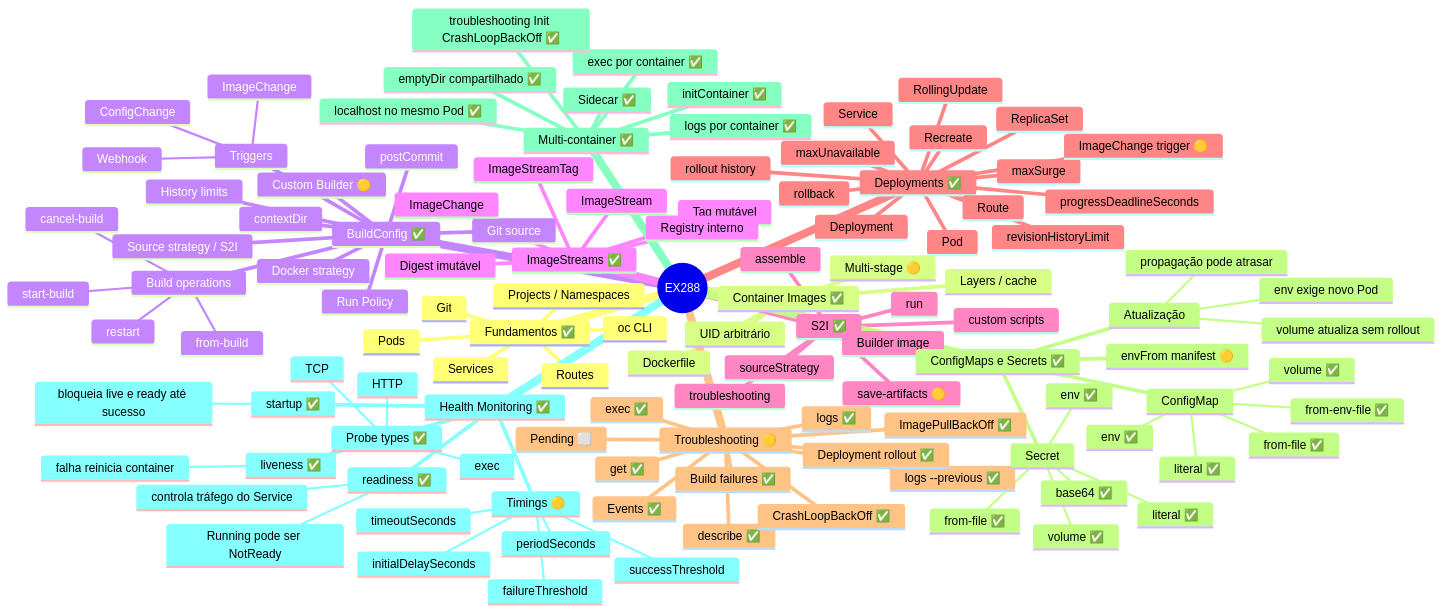
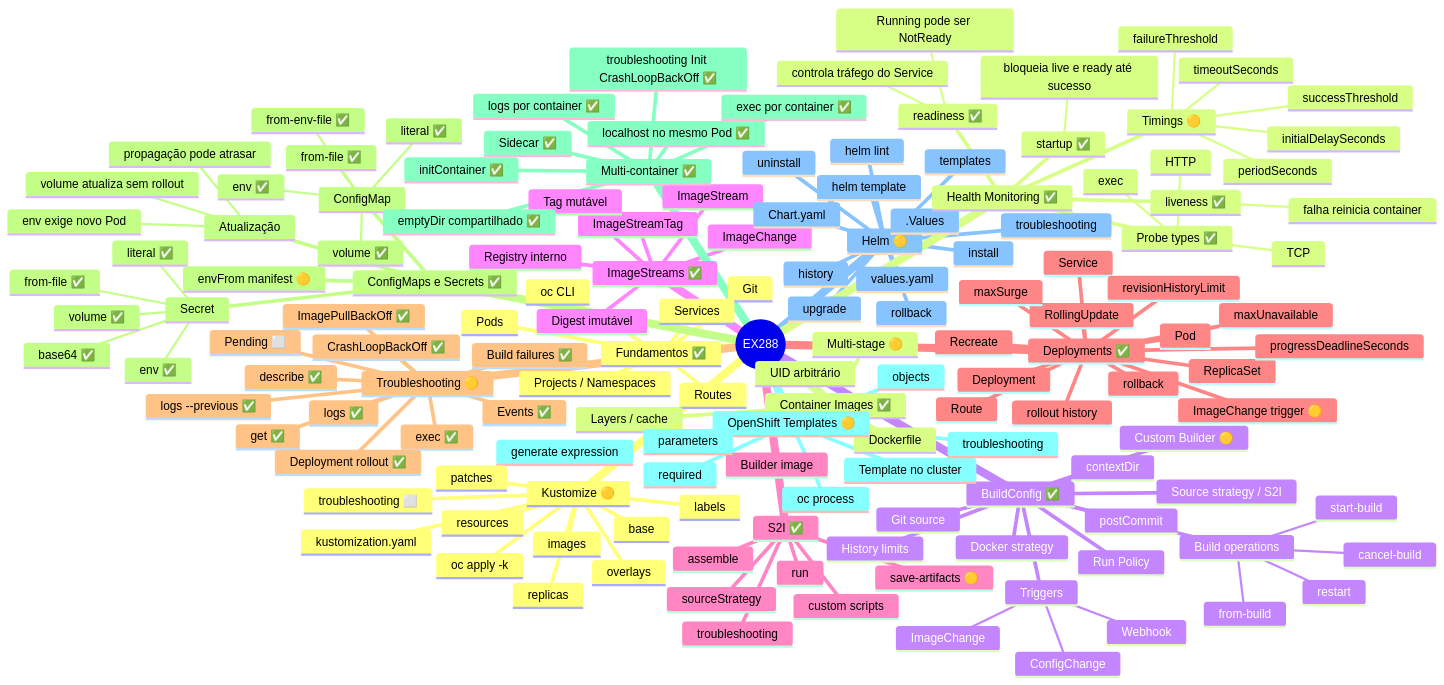
Before and after one commit to fmonticelli/ex288-labs: the second of 15 diagrams in mindmap/README.md, drawn with Mermaid. The commit also changed other lines of this file, not shown here.

Commit message:
docs: add Helm and Kustomize to mindmap

```diff
--- a/mindmap/README.md
+++ b/mindmap/README.md
@@ -152,6 +155,38 @@
       logs por container ✅
       exec por container ✅
       troubleshooting Init CrashLoopBackOff ✅
+    OpenShift Templates 🟡
+      parameters
+      objects
+      oc process
+      required
+      generate expression
+      Template no cluster
+      troubleshooting
+    Helm 🟡
+      Chart.yaml
+      values.yaml
+      templates
+      .Values
+      helm lint
+      helm template
+      install
+      upgrade
+      history
+      rollback
+      uninstall
+      troubleshooting
+    Kustomize 🟡
+      kustomization.yaml
+      resources
+      base
+      overlays
+      replicas
+      images
+      labels
+      patches
+      oc apply -k
+      troubleshooting ⬜
     Health Monitoring ✅
       readiness ✅
         Running pode ser NotReady
```
